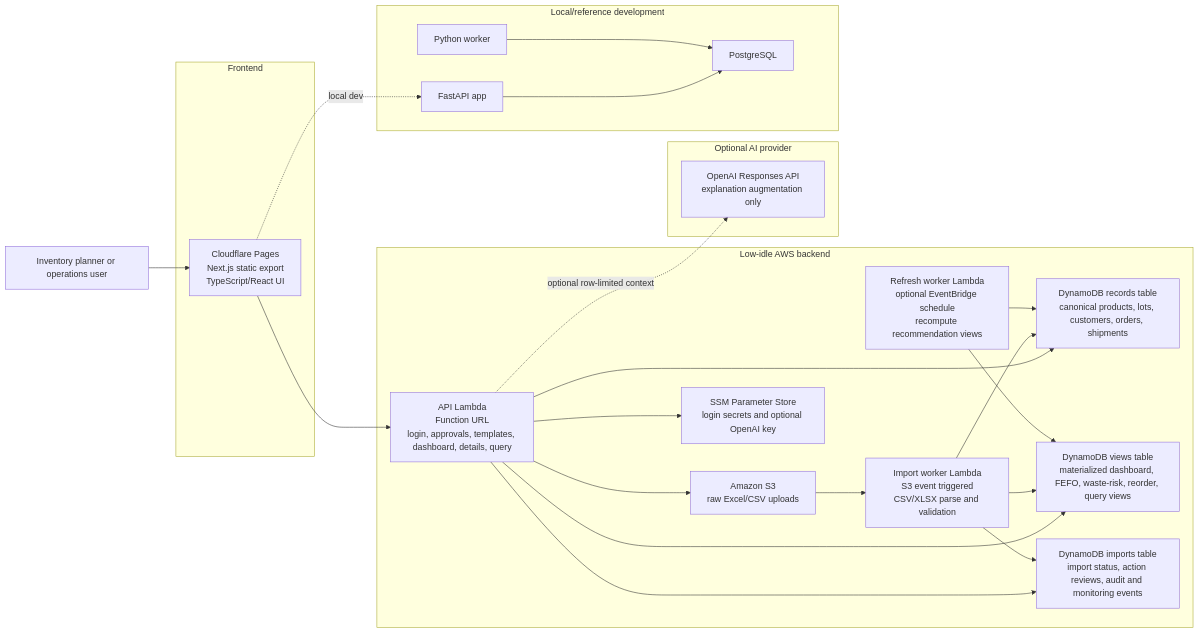
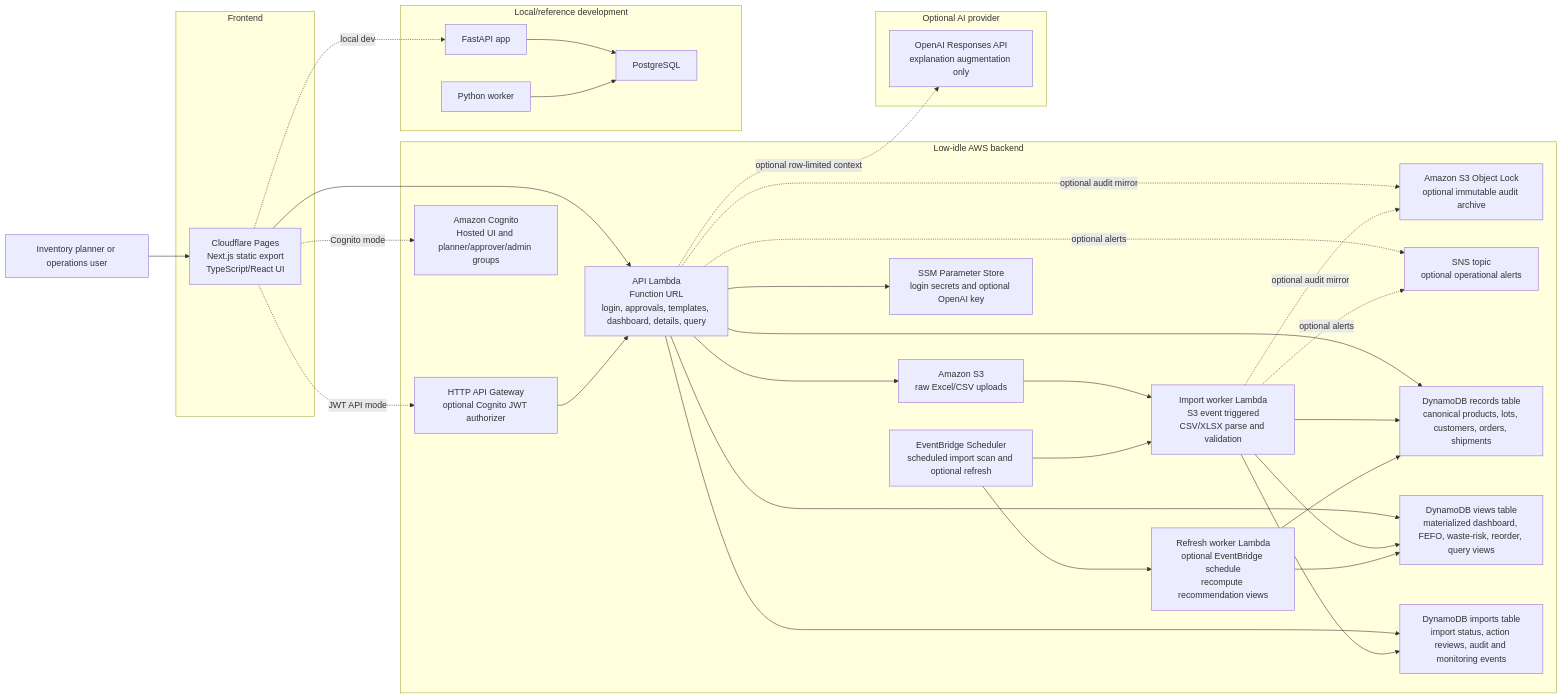
The diagram in docs/architecture.md (manynames3/ott-inventory-ai), drawn with Mermaid before and after one commit. The commit also changed other lines of this file and 44 other files, not shown here.

````diff
--- a/docs/architecture.md
+++ b/docs/architecture.md
@@ -13,48 +13,62 @@
 ```mermaid
 flowchart LR
   planner["Inventory planner or operations user"]
 
   subgraph edge["Frontend"]
     pages["Cloudflare Pages\nNext.js static export\nTypeScript/React UI"]
   end
 
   subgraph aws["Low-idle AWS backend"]
     api["API Lambda\nFunction URL\nlogin, approvals, templates, dashboard, details, query"]
+    apigw["HTTP API Gateway\noptional Cognito JWT authorizer"]
+    cognito["Amazon Cognito\nHosted UI and planner/approver/admin groups"]
     importWorker["Import worker Lambda\nS3 event triggered\nCSV/XLSX parse and validation"]
+    scheduler["EventBridge Scheduler\nscheduled import scan and optional refresh"]
     refreshWorker["Refresh worker Lambda\noptional EventBridge schedule\nrecompute recommendation views"]
     s3["Amazon S3\nraw Excel/CSV uploads"]
+    auditS3["Amazon S3 Object Lock\noptional immutable audit archive"]
+    sns["SNS topic\noptional operational alerts"]
     records["DynamoDB records table\ncanonical products, lots, customers, orders, shipments"]
     views["DynamoDB views table\nmaterialized dashboard, FEFO, waste-risk, reorder, query views"]
     imports["DynamoDB imports table\nimport status, action reviews, audit and monitoring events"]
     ssm["SSM Parameter Store\nlogin secrets and optional OpenAI key"]
   end
 
   subgraph ai["Optional AI provider"]
     openai["OpenAI Responses API\nexplanation augmentation only"]
   end
 
   subgraph local["Local/reference development"]
     fastapi["FastAPI app"]
     postgres["PostgreSQL"]
     worker["Python worker"]
   end
 
   planner --> pages
   pages --> api
+  pages -. Cognito mode .-> cognito
+  pages -. JWT API mode .-> apigw
+  apigw --> api
   api --> ssm
   api --> s3
   api --> records
   api --> views
   api --> imports
+  api -. optional audit mirror .-> auditS3
+  api -. optional alerts .-> sns
   api -. optional row-limited context .-> openai
   s3 --> importWorker
+  scheduler --> importWorker
+  scheduler --> refreshWorker
   importWorker --> records
   importWorker --> views
   importWorker --> imports
+  importWorker -. optional audit mirror .-> auditS3
+  importWorker -. optional alerts .-> sns
   refreshWorker --> records
   refreshWorker --> views
 
   pages -. local dev .-> fastapi
   fastapi --> postgres
   worker --> postgres
 ```
````
